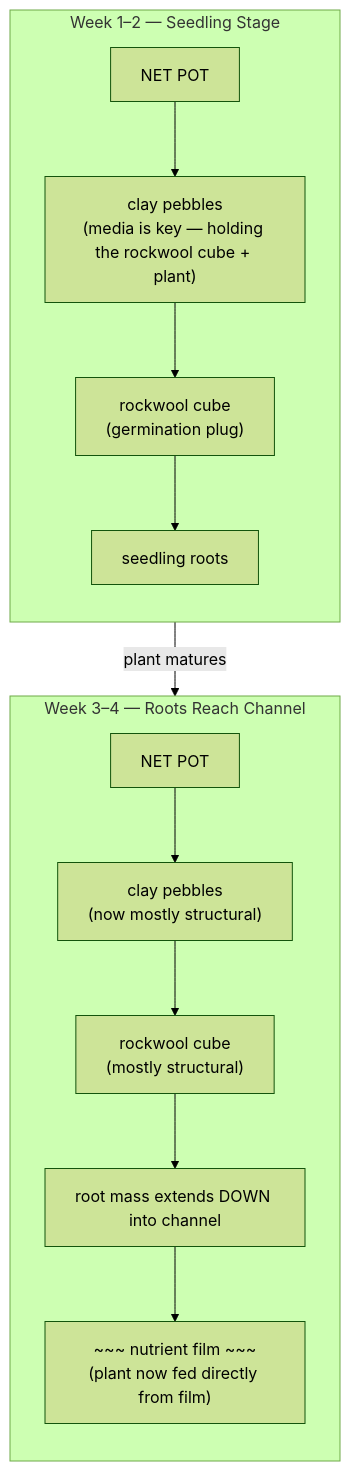
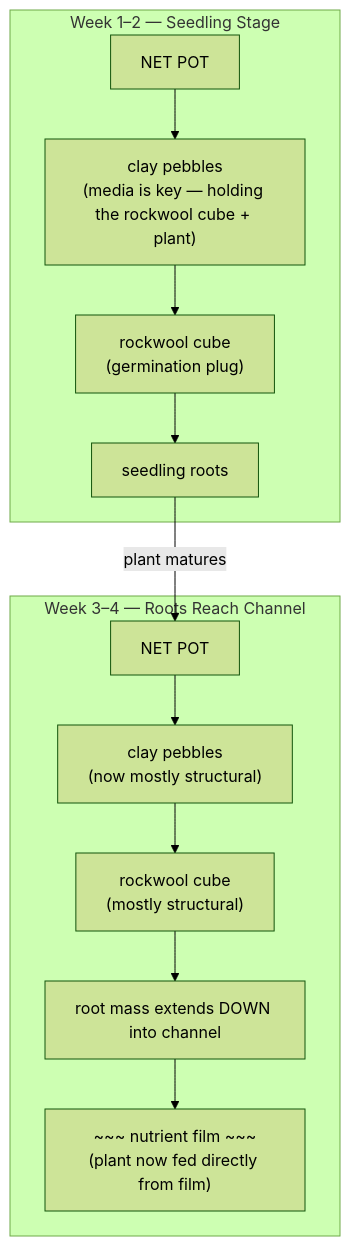
The first of 2 diagrams in guide/nft/05-growing-media.md (UncleJS/guide_hydroponics), drawn with Mermaid (forest theme) before and after one commit. The commit also changed 12 other files, not shown here.

````diff
--- a/guide/nft/05-growing-media.md
+++ b/guide/nft/05-growing-media.md
@@ -63,23 +63,21 @@
 ```mermaid
 flowchart TD
     subgraph W1["Week 1–2 — Seedling Stage"]
-        direction TB
         NP1["NET POT"]
         CP1["clay pebbles<br/>(media is key — holding the rockwool cube + plant)"]
         RW1["rockwool cube<br/>(germination plug)"]
         SR1["seedling roots"]
         NP1 --> CP1 --> RW1 --> SR1
     end
 
+    SR1 -->|"plant matures"| NP2
+
     subgraph W2["Week 3–4 — Roots Reach Channel"]
-        direction TB
         NP2["NET POT"]
         CP2["clay pebbles<br/>(now mostly structural)"]
         RW2["rockwool cube<br/>(mostly structural)"]
         RM["root mass extends DOWN into channel"]
         NF["~~~ nutrient film ~~~<br/>(plant now fed directly from film)"]
         NP2 --> CP2 --> RW2 --> RM --> NF
     end
-
-    W1 -->|"plant matures"| W2
 ```
````
